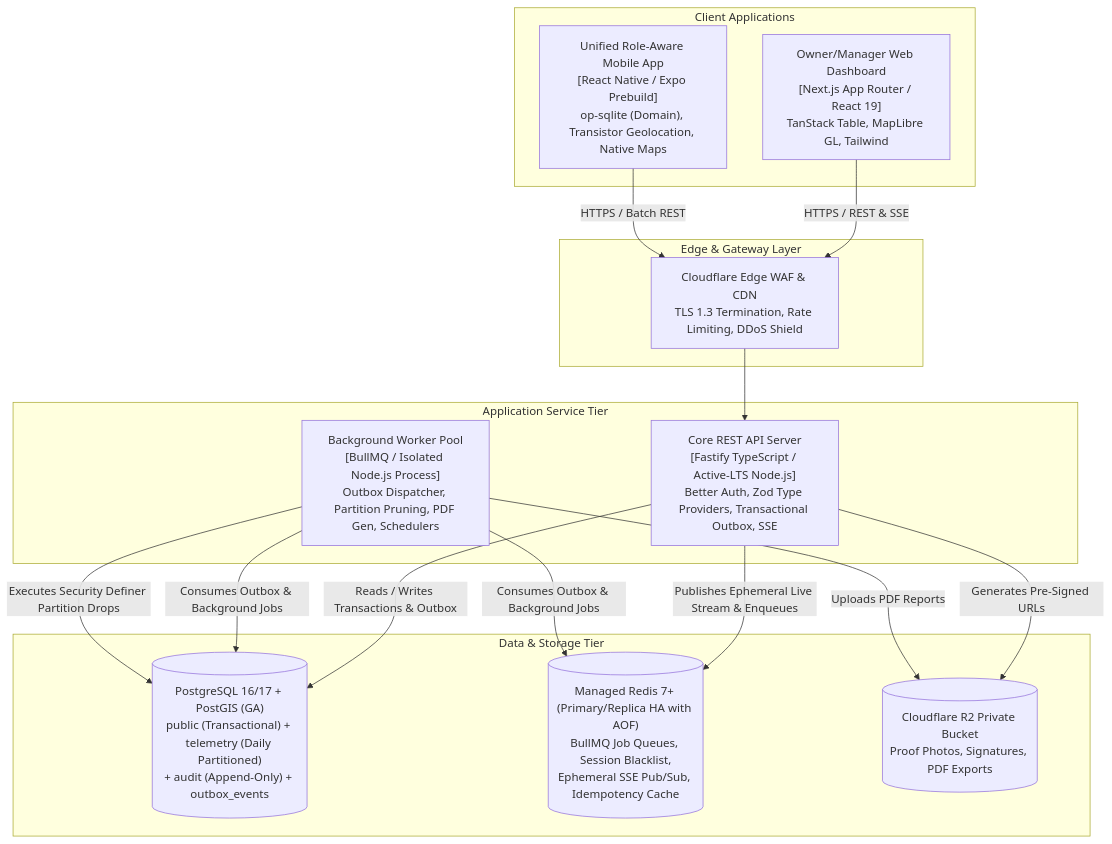
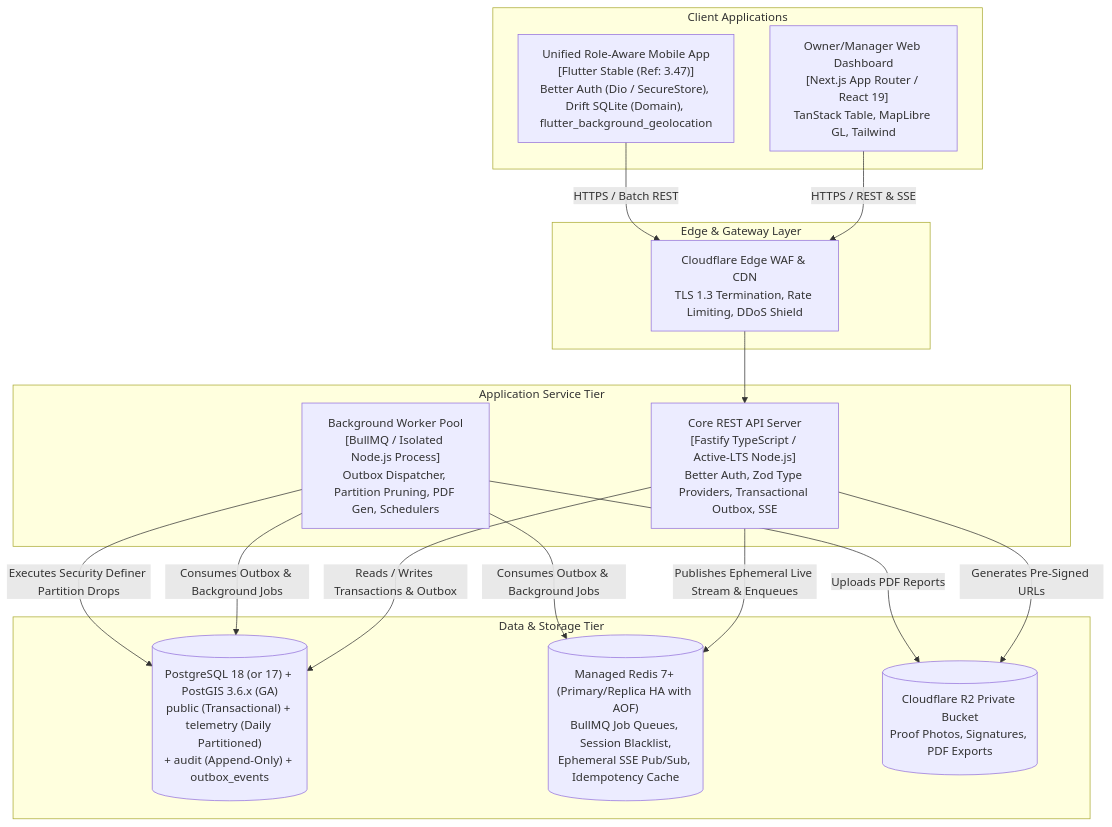
The second of 3 diagrams in docs/architecture/OPRINO-TECHNICAL-ARCHITECTURE.md (djsushilkumar/oprino), drawn with Mermaid before and after one commit. The commit also changed other lines of this file and 151 other files, not shown here.

Commit message:
chore: freeze Flutter architecture and Phase 01B baseline

````diff
--- a/docs/architecture/OPRINO-TECHNICAL-ARCHITECTURE.md
+++ b/docs/architecture/OPRINO-TECHNICAL-ARCHITECTURE.md
@@ -69,34 +69,34 @@
 ```mermaid
 flowchart TD
     subgraph ClientContainers["Client Applications"]
         WEB["Owner/Manager Web Dashboard<br>[Next.js App Router / React 19]<br>TanStack Table, MapLibre GL, Tailwind"]
-        MOB["Unified Role-Aware Mobile App<br>[React Native / Expo Prebuild]<br>op-sqlite (Domain), Transistor Geolocation, Native Maps"]
+        MOB["Unified Role-Aware Mobile App<br>[Flutter Stable (Ref: 3.47)]<br>Better Auth (Dio / SecureStore), Drift SQLite (Domain), flutter_background_geolocation"]
     end
 
     subgraph EdgeIngress["Edge & Gateway Layer"]
         EDGE["Cloudflare Edge WAF & CDN<br>TLS 1.3 Termination, Rate Limiting, DDoS Shield"]
     end
 
     subgraph AppContainers["Application Service Tier"]
         API["Core REST API Server<br>[Fastify TypeScript / Active-LTS Node.js]<br>Better Auth, Zod Type Providers, Transactional Outbox, SSE"]
         WORKER["Background Worker Pool<br>[BullMQ / Isolated Node.js Process]<br>Outbox Dispatcher, Partition Pruning, PDF Gen, Schedulers"]
     end
 
     subgraph DataContainers["Data & Storage Tier"]
-        PG[("PostgreSQL 16/17 + PostGIS (GA)<br>public (Transactional) + telemetry (Daily Partitioned)<br>+ audit (Append-Only) + outbox_events")]
+        PG[("PostgreSQL 18 (or 17) + PostGIS 3.6.x (GA)<br>public (Transactional) + telemetry (Daily Partitioned)<br>+ audit (Append-Only) + outbox_events")]
         REDIS[("Managed Redis 7+ (Primary/Replica HA with AOF)<br>BullMQ Job Queues, Session Blacklist,<br>Ephemeral SSE Pub/Sub, Idempotency Cache")]
         R2[("Cloudflare R2 Private Bucket<br>Proof Photos, Signatures, PDF Exports")]
     end
 
     WEB -->|HTTPS / REST & SSE| EDGE
     MOB -->|HTTPS / Batch REST| EDGE
     EDGE --> API
 
     API -->|Reads / Writes Transactions & Outbox| PG
     API -->|Publishes Ephemeral Live Stream & Enqueues| REDIS
     API -->|Generates Pre-Signed URLs| R2
     
     WORKER -->|Consumes Outbox & Background Jobs| REDIS & PG
     WORKER -->|Executes Security Definer Partition Drops| PG
     WORKER -->|Uploads PDF Reports| R2
 ```
````
